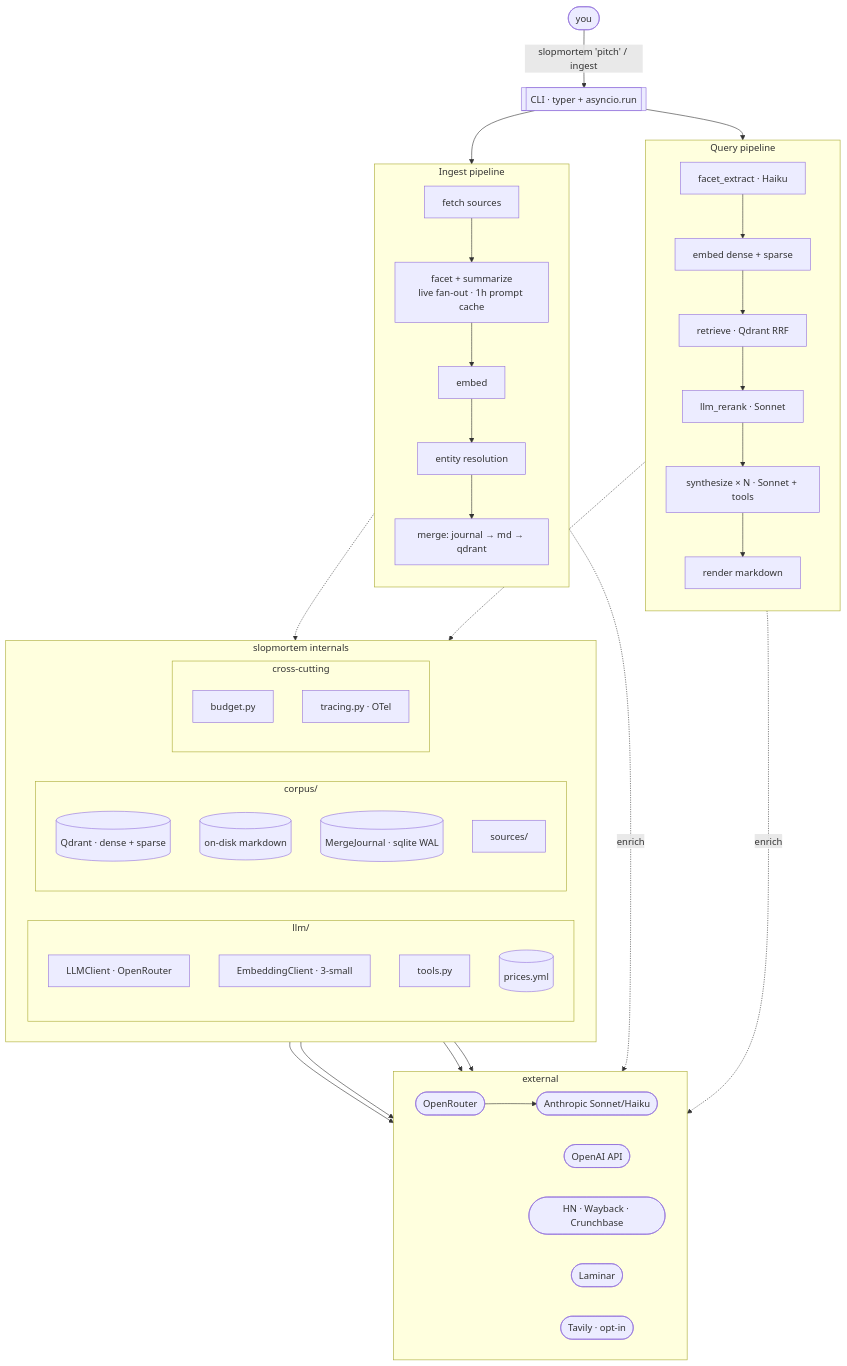
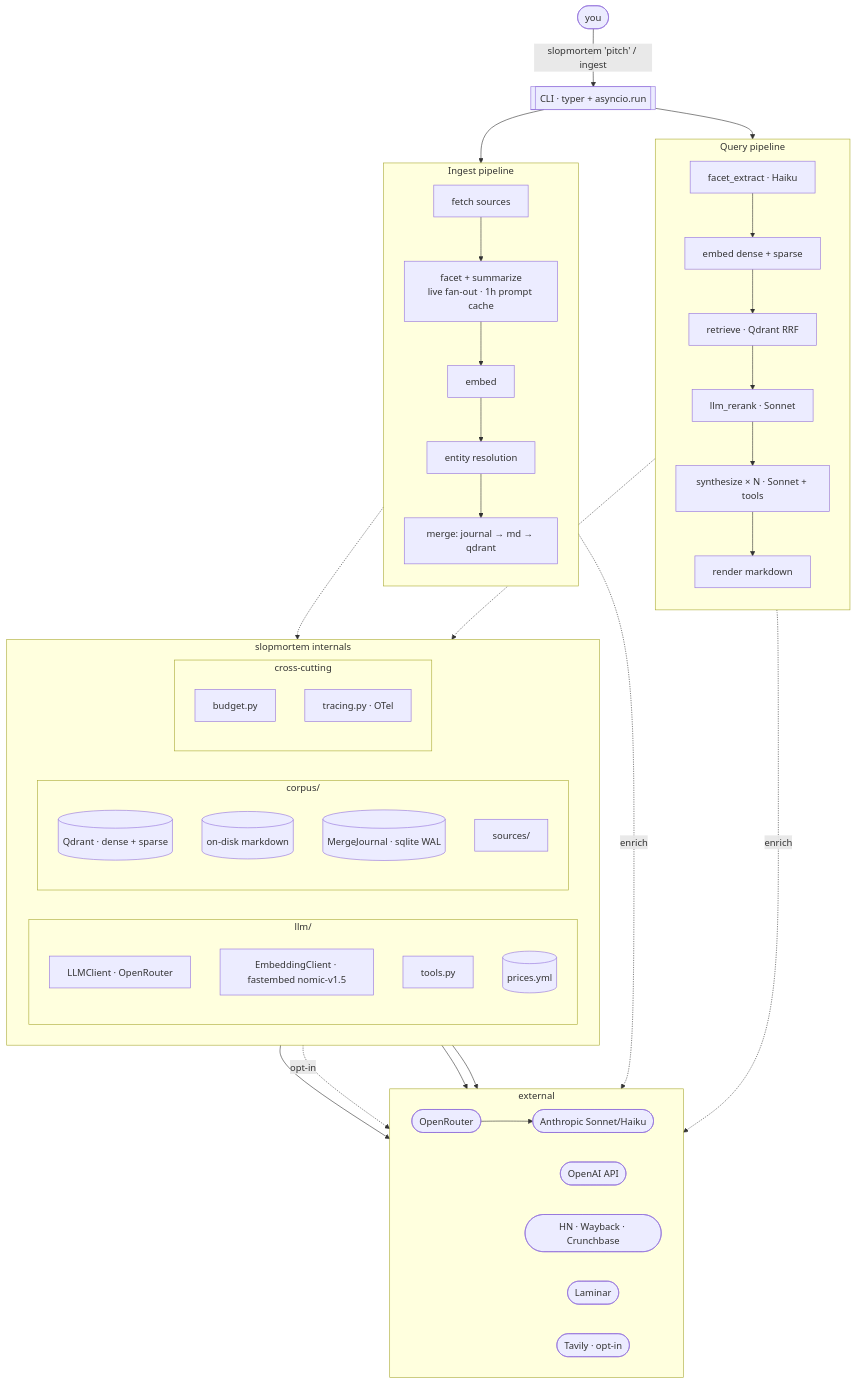
Before and after one commit to vaporif/slopmortem: the diagram in README.md, drawn with Mermaid. The commit also changed other lines of this file, not shown here.

````diff
--- a/README.md
+++ b/README.md
@@ -9,65 +9,65 @@
 ```mermaid
 flowchart TD
     User([you]) -->|"slopmortem 'pitch' / ingest"| CLI[["CLI · typer + asyncio.run"]]
     CLI --> Q1
     CLI --> I1
 
     subgraph Q["Query pipeline"]
         direction TB
         Q1[facet_extract · Haiku] --> Q2[embed dense + sparse]
         Q2 --> Q3[retrieve · Qdrant RRF]
         Q3 --> Q4[llm_rerank · Sonnet]
         Q4 --> Q5[synthesize × N · Sonnet + tools]
         Q5 --> Q6[render markdown]
     end
 
     subgraph I["Ingest pipeline"]
         direction TB
         I1[fetch sources] --> I2["facet + summarize<br/>live fan-out · 1h prompt cache"]
         I2 --> I3[embed]
         I3 --> I4[entity resolution]
         I4 --> I5["merge: journal → md → qdrant"]
     end
 
     Q -.-> Internals
     I -.-> Internals
 
     subgraph Internals["slopmortem internals"]
         direction LR
         subgraph llm["llm/"]
             direction TB
             LLMC[LLMClient · OpenRouter]
-            Embed[EmbeddingClient · 3-small]
+            Embed[EmbeddingClient · fastembed nomic-v1.5]
             Tools[tools.py]
             Prices[(prices.yml)]
         end
         subgraph corpus["corpus/"]
             direction TB
             Qdrant[(Qdrant · dense + sparse)]
             MD[(on-disk markdown)]
             Journal[(MergeJournal · sqlite WAL)]
             Sources[sources/]
         end
         subgraph cross["cross-cutting"]
             direction TB
             Budget[budget.py]
             Trace[tracing.py · OTel]
         end
     end
 
     LLMC --> OR
-    Embed --> OAI
+    Embed -.->|"opt-in"| OAI
     Sources --> Web
     Trace --> LMNR
     Q5 -.->|enrich| TV
     I2 -.->|enrich| TV
 
     subgraph Ext["external"]
         direction LR
         OR([OpenRouter]) --> ANT([Anthropic Sonnet/Haiku])
         OAI([OpenAI API])
         Web([HN · Wayback · Crunchbase])
         TV([Tavily · opt-in])
         LMNR([Laminar])
     end
 ```
````
